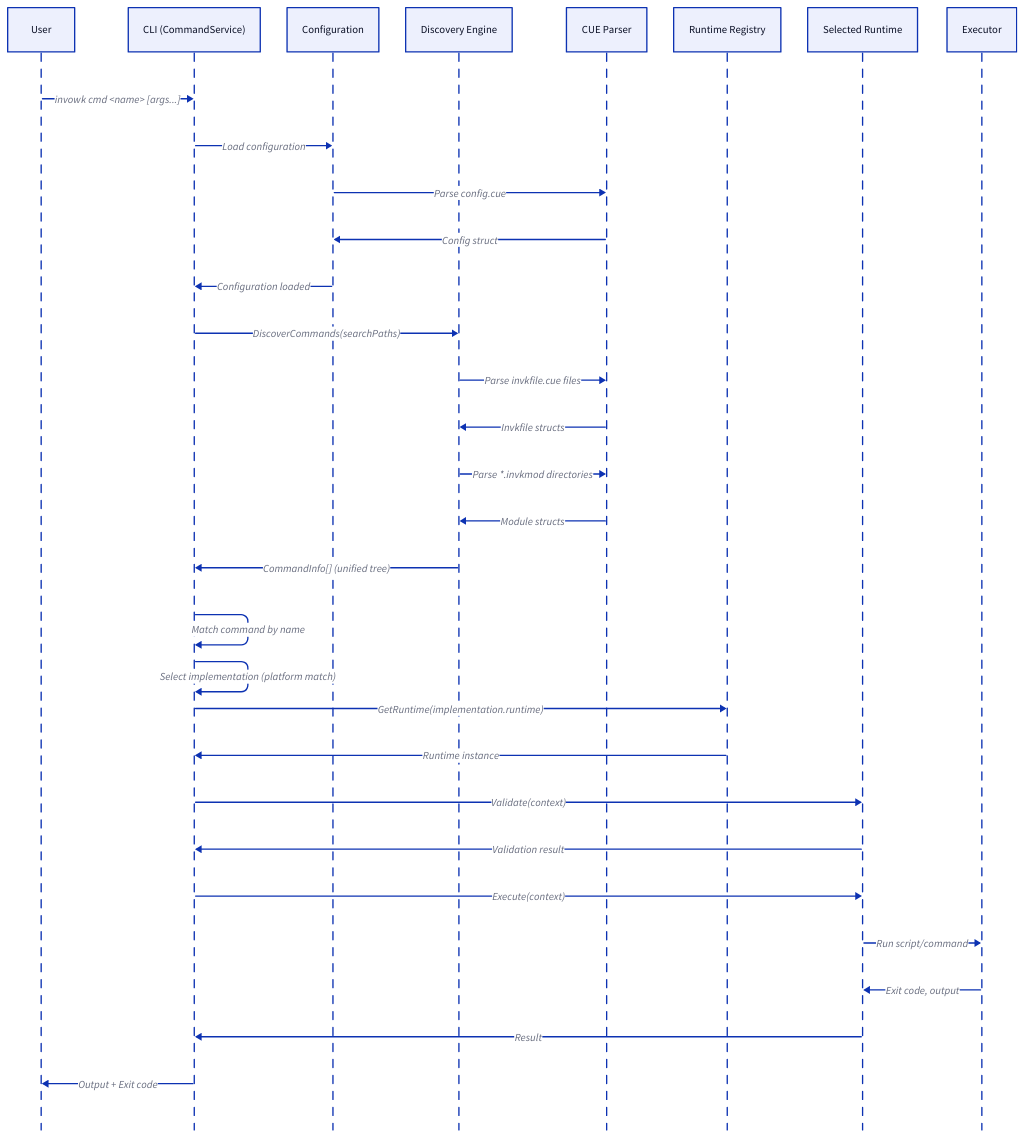
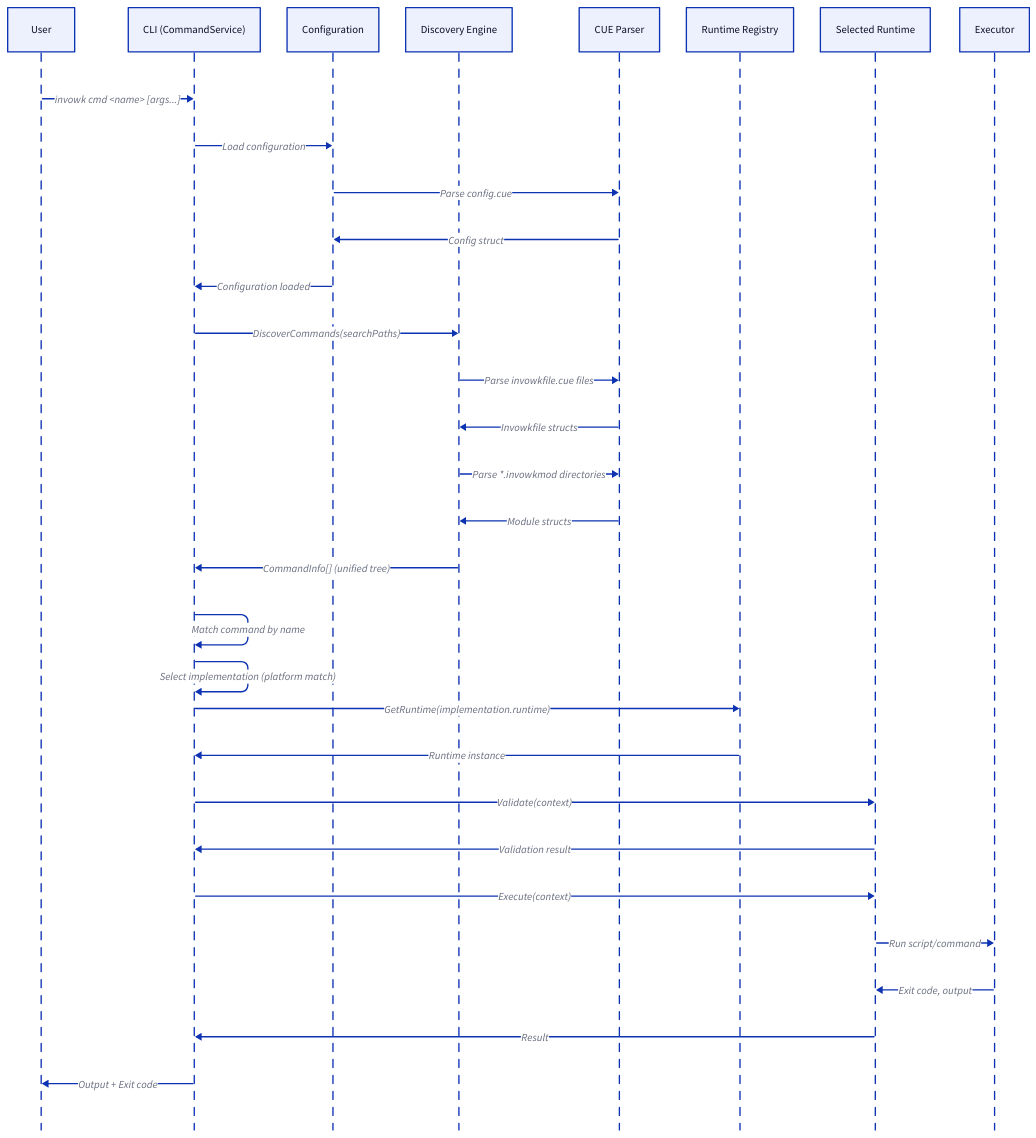
The diagram in docs/diagrams/sequences/execution-main.d2 (invowk/invowk), drawn with D2 before and after one commit. The commit also changed 489 other files, not shown here. The source asks for the TALA layout; these drawings use dagre instead.

First line of the commit message:
refactor: rename invk references — invkfile→invowkfile, invkmod→invowkmod, --invk-*→--ivk-* (#43)

```diff
--- a/docs/diagrams/sequences/execution-main.d2
+++ b/docs/diagrams/sequences/execution-main.d2
@@ -1,58 +1,58 @@
 # Main Execution Sequence Diagram
 #
 # Shows the complete flow of command execution from user request
 # through initialization, discovery, resolution, and execution phases.
 #
 # Source: docs/architecture/sequence-execution.md
 
 vars: {
   d2-config: {
     layout-engine: tala
   }
 }
 
 shape: sequence_diagram
 
 # Participants
 User
 CLI: CLI (CommandService)
 Config: Configuration
 Disc: Discovery Engine
 CUE: CUE Parser
 Registry: Runtime Registry
 Runtime: Selected Runtime
 Exec: Executor
 
 # Entry point
 User -> CLI: "invowk cmd <name> [args...]"
 
 # 1. Initialization Phase
 CLI -> Config: Load configuration
 Config -> CUE: Parse config.cue
 CUE -> Config: Config struct
 Config -> CLI: Configuration loaded
 
 # 2. Discovery Phase
 CLI -> Disc: DiscoverCommands(searchPaths)
-Disc -> CUE: Parse invkfile.cue files
-CUE -> Disc: Invkfile structs
-Disc -> CUE: Parse *.invkmod directories
+Disc -> CUE: Parse invowkfile.cue files
+CUE -> Disc: Invowkfile structs
+Disc -> CUE: Parse *.invowkmod directories
 CUE -> Disc: Module structs
 Disc -> CLI: "CommandInfo[] (unified tree)"
 
 # 3. Resolution Phase
 CLI -> CLI: Match command by name
 CLI -> CLI: Select implementation (platform match)
 CLI -> Registry: GetRuntime(implementation.runtime)
 Registry -> CLI: Runtime instance
 CLI -> Runtime: Validate(context)
 Runtime -> CLI: Validation result
 
 # 4. Execution Phase
 CLI -> Runtime: Execute(context)
 Runtime -> Exec: Run script/command
 Exec -> Runtime: Exit code, output
 Runtime -> CLI: Result
 
 # Return result
 CLI -> User: Output + Exit code
```
